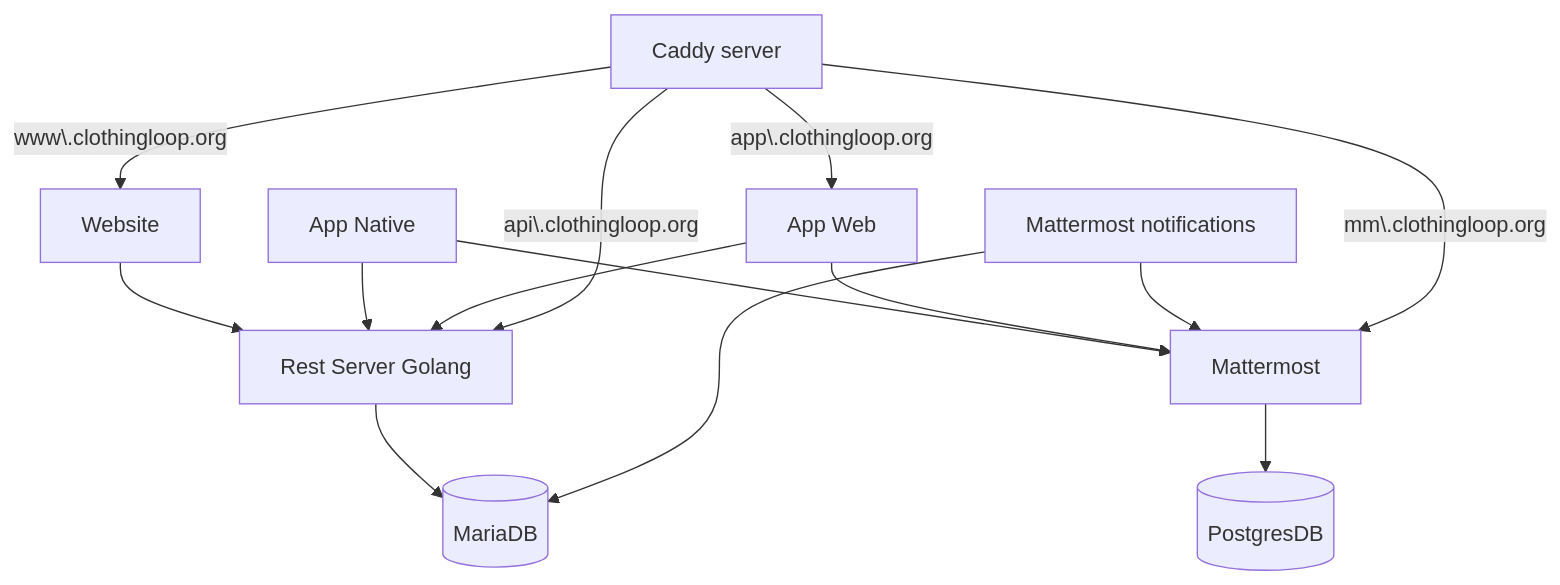
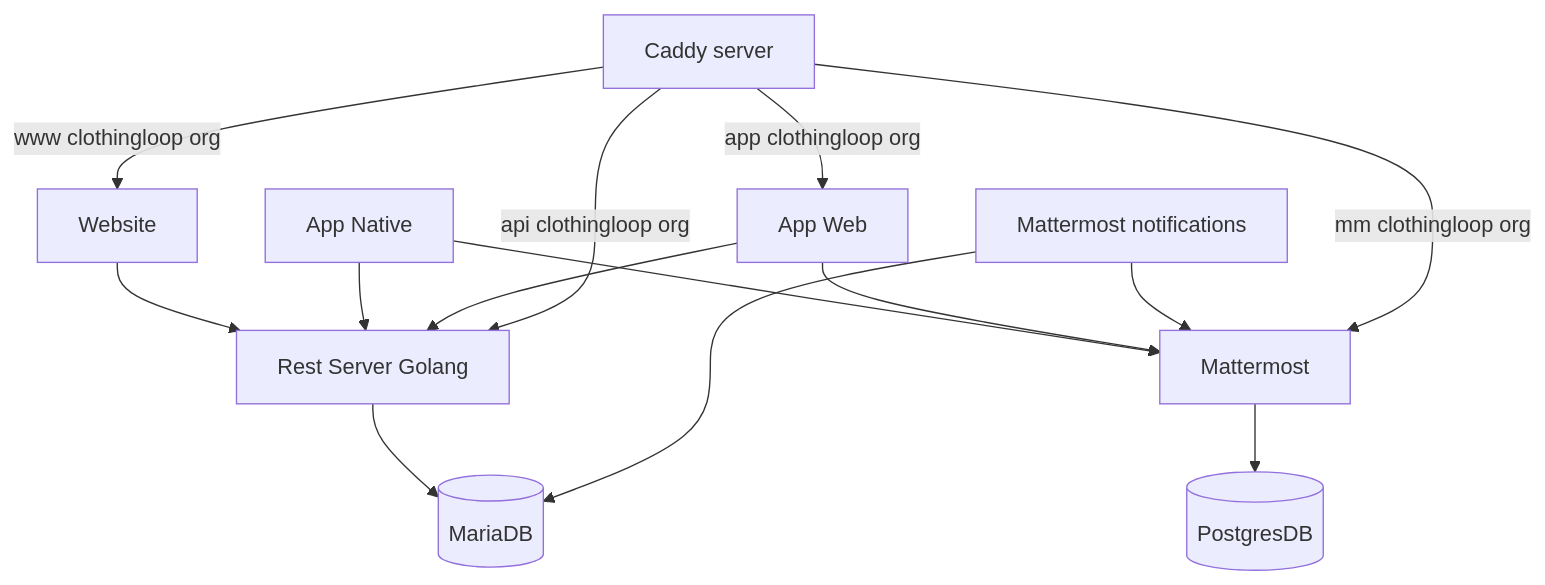
One commit to the-clothing-loop/website changed the diagram in server/docs/structure.md. Above: the diagram before and after it, drawn with Mermaid.

Commit message:
Fix mermaid issues

````diff
--- a/server/docs/structure.md
+++ b/server/docs/structure.md
@@ -3,30 +3,30 @@
 ```mermaid
 flowchart TD
+
 db1[(MariaDB)]
-    caddy["Caddy server"]
-    server["Rest Server Golang"]
-    app["App Native"]
-    appw["App Web"]
-    web["Website"]
+caddy["Caddy server"]
+server["Rest Server Golang"]
+app["App Native"]
+appw["App Web"]
+web["Website"]
 
-    db2[(PostgresDB)]
-    mm["Mattermost"]
-    mmmail["Mattermost notifications"]
+db2[(PostgresDB)]
+mm["Mattermost"]
+mmmail["Mattermost notifications"]
 
-    server --> db1
-    web --> server
-    app -->server
-    appw -->server
+server --> db1
+web --> server
+app -->server
+appw -->server
 
-    app --> mm
-    appw --> mm
-    mm --> db2
-    mmmail --> mm
-    mmmail --> db1
+app --> mm
+appw --> mm
+mm --> db2
+mmmail --> mm
+mmmail --> db1
 
-    caddy --> |app\.clothingloop.org| appw
-
-caddy --> |api\.clothingloop.org| server
-caddy --> |www\.clothingloop.org| web
-caddy --> |mm\.clothingloop.org| mm
+caddy --> |app clothingloop org| appw
+caddy --> |api clothingloop org| server
+caddy --> |www clothingloop org| web
+caddy --> |mm clothingloop org| mm
 ```
````
